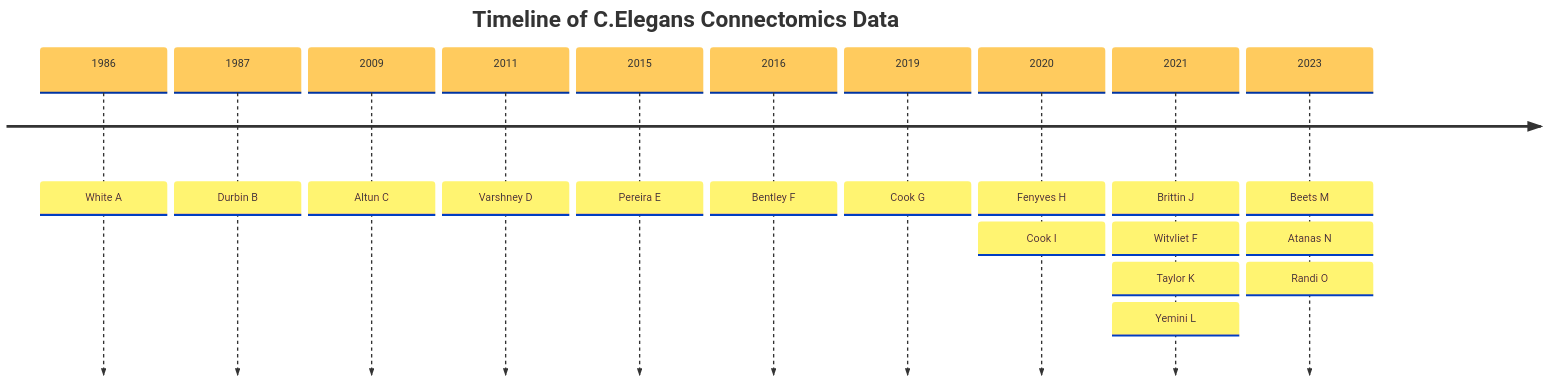
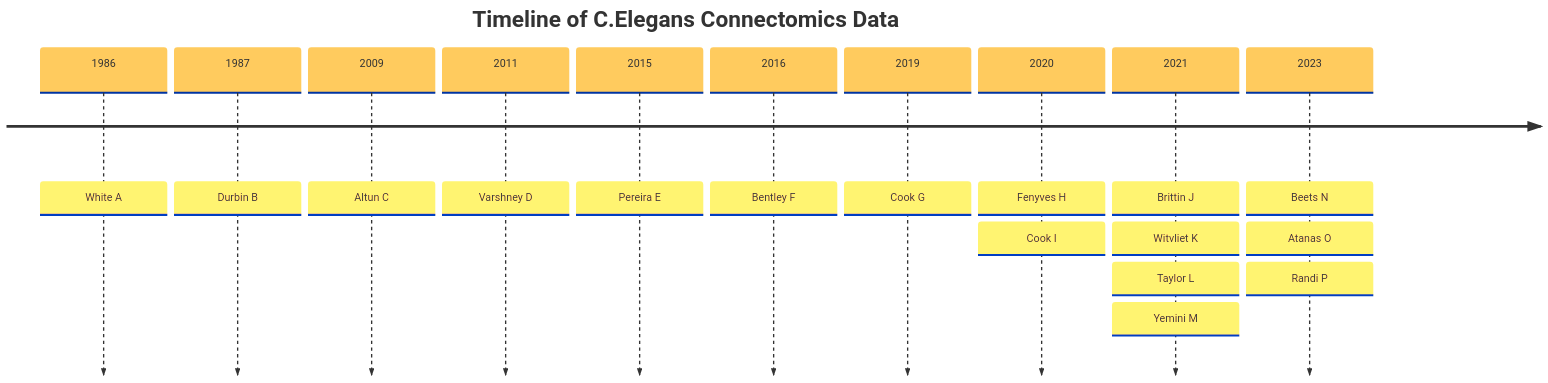
One commit to yasinthanvickneswaran/mermaidtest changed the first of 2 diagrams in README.md. Above: the diagram before and after it, drawn with Mermaid. The commit also changed other lines of this file, not shown here.

````diff
--- a/README.md
+++ b/README.md
@@ -1,21 +1,21 @@
 ```mermaid
 %%{init: { 'logLevel': 'debug', 'theme': 'base', 'timeline': {'disableMulticolor': true}}}%%
   timeline
     title Timeline of C.Elegans Connectomics Data
     1986 : White A
     1987 : Durbin B
     2009 : Altun C
     2011 : Varshney D
     2015 : Pereira E
     2016 : Bentley F
     2019 : Cook G
     2020 : Fenyves H
          : Cook I
     2021 : Brittin J
-         : Witvliet F
-         : Taylor K
-         : Yemini L
-    2023 : Beets M
-         : Atanas N
-         : Randi O
+         : Witvliet K
+         : Taylor L
+         : Yemini M
+    2023 : Beets N
+         : Atanas O
+         : Randi P
 ```
````
